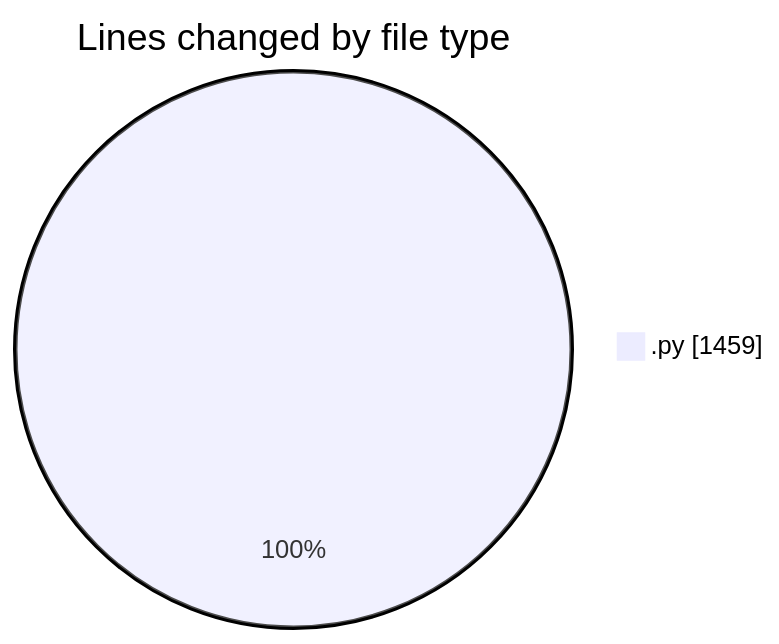
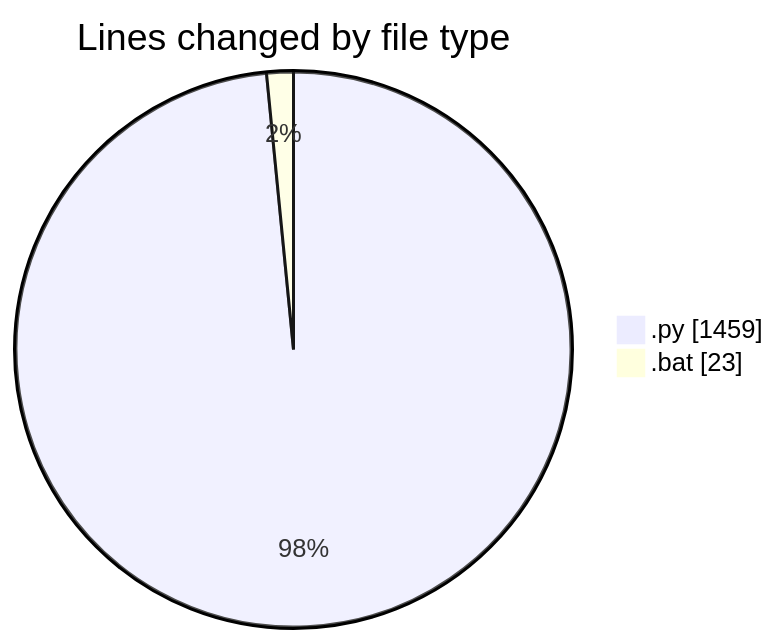
Before and after one commit to FelipKnott/code-tracking: the first of 2 diagrams in 2025-07-03/cursor/README.md, drawn with Mermaid. The commit also changed other lines of this file and 1 other file, not shown here.

````diff
--- a/2025-07-03/cursor/README.md
+++ b/2025-07-03/cursor/README.md
@@ -27,5 +28,6 @@
 ```mermaid
 pie showData
 title Lines changed by file type
 ".py" : 1459
+".bat" : 23
 ```
````
